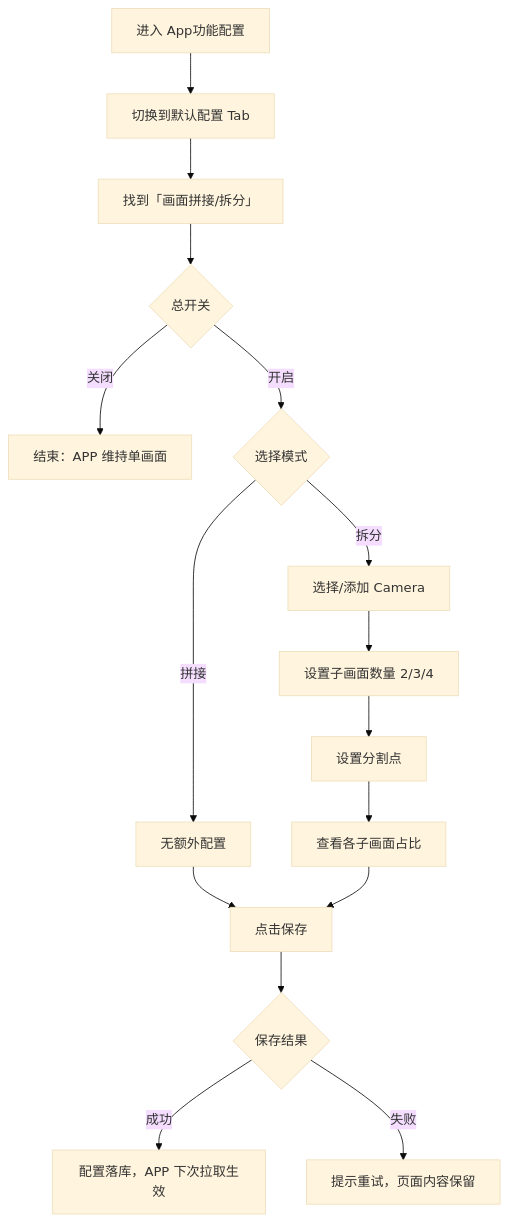
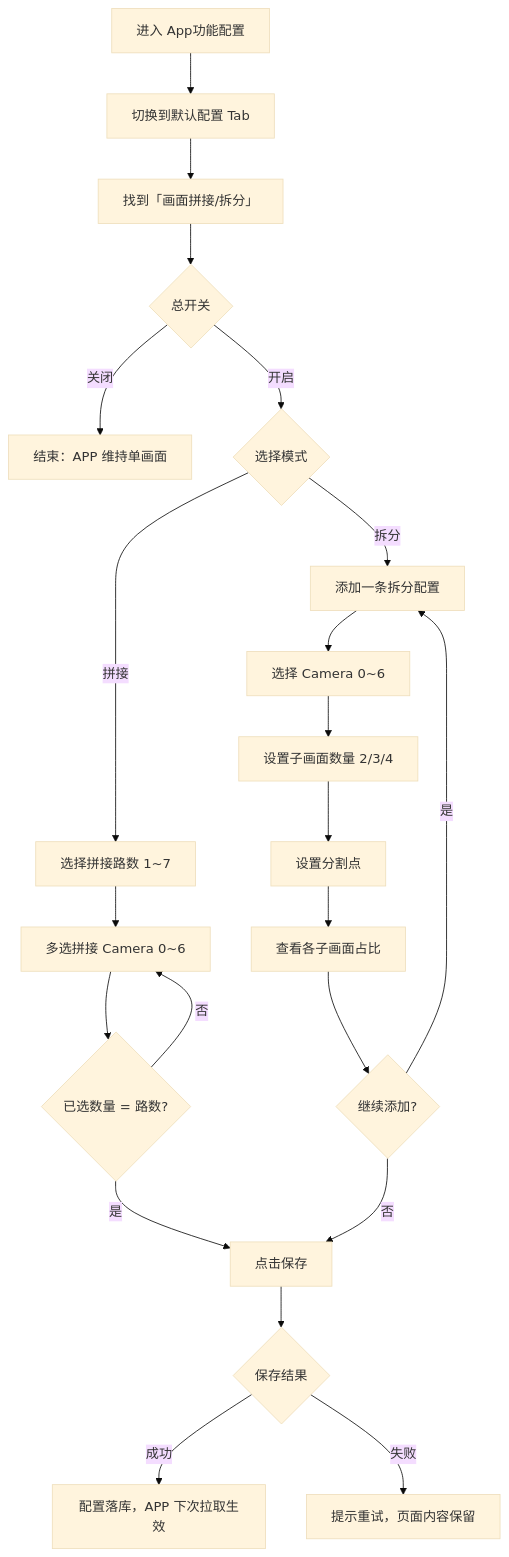
The second of 6 diagrams in docs/prd_full/画面拼接与拆分/画面拼接与拆分03PRD.md (hongtao-l/platform), drawn with Mermaid (base theme) before and after one commit. The commit also changed other lines of this file and 13 other files, not shown here.

````diff
--- a/docs/prd_full/画面拼接与拆分/画面拼接与拆分03PRD.md
+++ b/docs/prd_full/画面拼接与拆分/画面拼接与拆分03PRD.md
@@ -81,18 +83,24 @@
 ```mermaid
 flowchart TD
     A[进入 App功能配置] --> B[切换到默认配置 Tab]
     B --> C[找到「画面拼接/拆分」]
     C --> D{总开关}
     D -->|关闭| E[结束：APP 维持单画面]
     D -->|开启| F{选择模式}
-    F -->|拼接| G[无额外配置]
-    F -->|拆分| H[选择/添加 Camera]
-    H --> I[设置子画面数量 2/3/4]
+    F -->|拼接| G1[选择拼接路数 1~7]
+    G1 --> G2[多选拼接 Camera 0~6]
+    G2 --> G3{已选数量 = 路数?}
+    G3 -->|否| G2
+    G3 -->|是| L[点击保存]
+    F -->|拆分| H[添加一条拆分配置]
+    H --> H1[选择 Camera 0~6]
+    H1 --> I[设置子画面数量 2/3/4]
     I --> J[设置分割点]
     J --> K[查看各子画面占比]
-    G --> L[点击保存]
-    K --> L
+    K --> K1{继续添加?}
+    K1 -->|是| H
+    K1 -->|否| L
     L --> M{保存结果}
     M -->|成功| N[配置落库，APP 下次拉取生效]
     M -->|失败| O[提示重试，页面内容保留]
 ```
````
